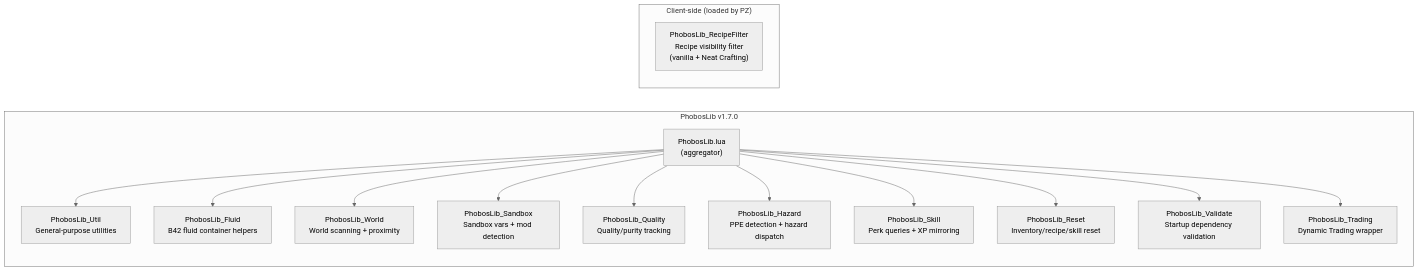
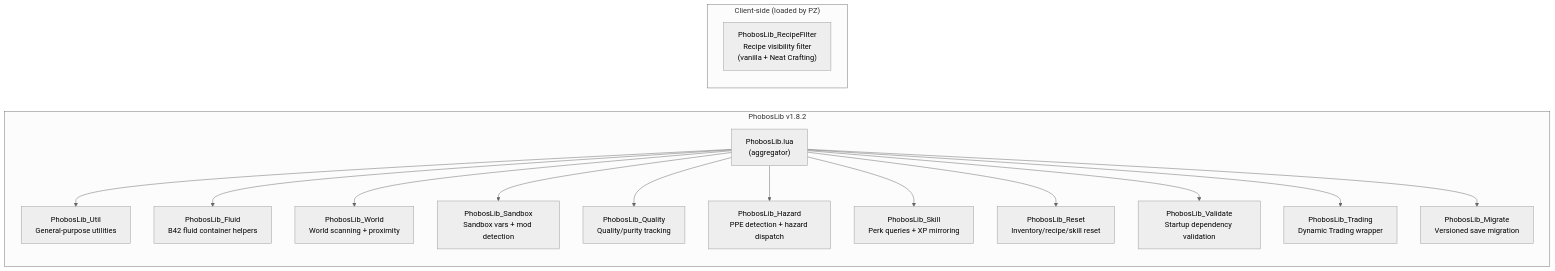
One commit to phobos-dthorga/mod-pz-phobos-lib changed the diagram in docs/diagrams/module-overview.md. Above: the diagram before and after it, drawn with Mermaid (neutral theme). The commit also changed other lines of this file and 22 other files, not shown here.

````diff
--- a/docs/diagrams/module-overview.md
+++ b/docs/diagrams/module-overview.md
@@ -7,32 +24,34 @@
 ```mermaid
 graph LR
-    subgraph LIB["PhobosLib v1.7.0"]
+    subgraph LIB["PhobosLib v1.8.2"]
         INIT["PhobosLib.lua<br/>(aggregator)"]
 
         UTIL["PhobosLib_Util<br/>General-purpose utilities"]
         FLUID["PhobosLib_Fluid<br/>B42 fluid container helpers"]
         WORLD["PhobosLib_World<br/>World scanning + proximity"]
         SANDBOX["PhobosLib_Sandbox<br/>Sandbox vars + mod detection"]
         QUALITY["PhobosLib_Quality<br/>Quality/purity tracking"]
         HAZARD["PhobosLib_Hazard<br/>PPE detection + hazard dispatch"]
         SKILL["PhobosLib_Skill<br/>Perk queries + XP mirroring"]
         RESET["PhobosLib_Reset<br/>Inventory/recipe/skill reset"]
         VALIDATE["PhobosLib_Validate<br/>Startup dependency validation"]
         TRADING["PhobosLib_Trading<br/>Dynamic Trading wrapper"]
+        MIGRATE["PhobosLib_Migrate<br/>Versioned save migration"]
     end
 
     subgraph CLIENT["Client-side (loaded by PZ)"]
         RF["PhobosLib_RecipeFilter<br/>Recipe visibility filter<br/>(vanilla + Neat Crafting)"]
     end
 
     INIT --> UTIL
     INIT --> FLUID
     INIT --> WORLD
     INIT --> SANDBOX
     INIT --> QUALITY
     INIT --> HAZARD
     INIT --> SKILL
     INIT --> RESET
     INIT --> VALIDATE
     INIT --> TRADING
+    INIT --> MIGRATE
 ```
````
